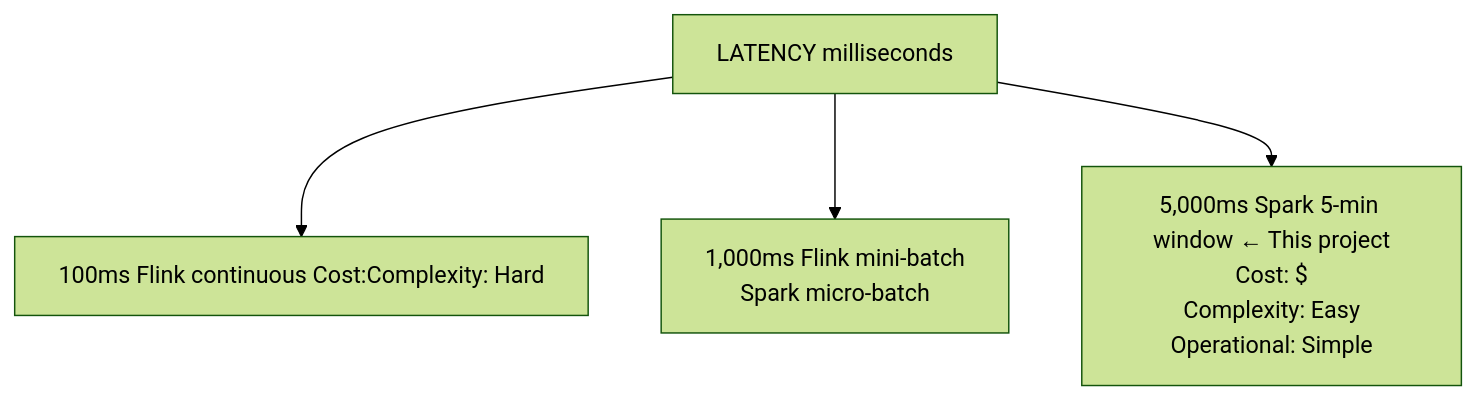
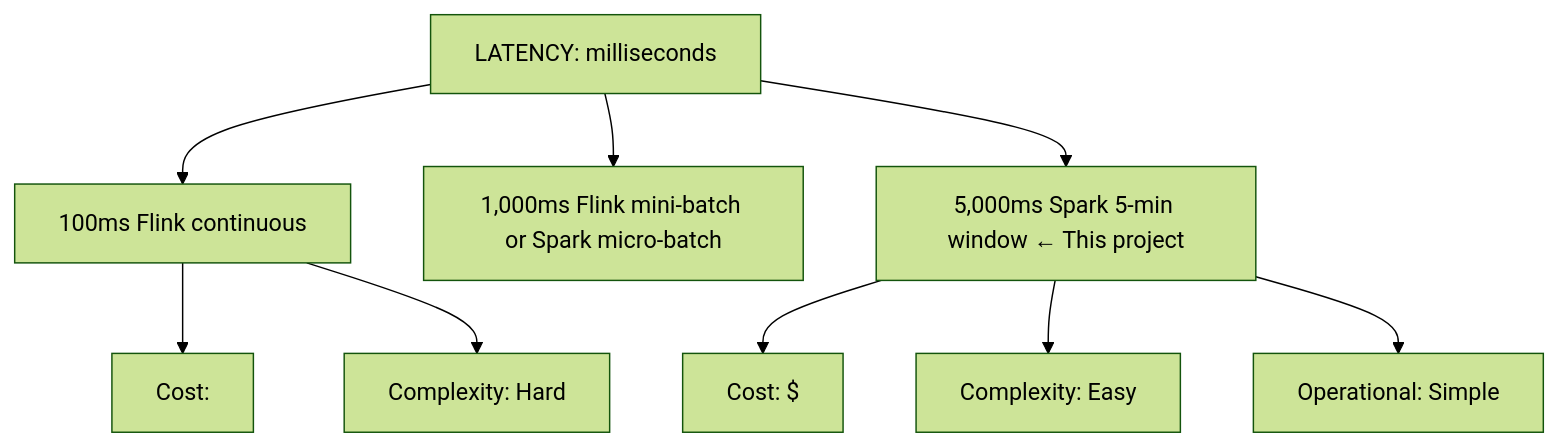
Before and after one commit to naren-chakraview/chakraview-fintech-data-mesh: the second of 3 diagrams in docs/production/trade-offs.md, drawn with Mermaid (forest theme). The commit also changed 9 other files, not shown here.

Commit message:
fix: remove HTML br tags from mermaid diagrams and fix diagram syntax for v11 compatibility

````diff
--- a/docs/production/trade-offs.md
+++ b/docs/production/trade-offs.md
@@ -140,7 +140,14 @@
 ```mermaid
 graph TD
-    A["LATENCY milliseconds"]
-    A --> B["100ms Flink continuous<br/>Cost: $$$$<br/>Complexity: Hard"]
-    A --> C["1,000ms Flink mini-batch<br/>Spark micro-batch"]
-    A --> D["5,000ms Spark 5-min window ← This project<br/>Cost: $<br/>Complexity: Easy<br/>Operational: Simple"]
+    A["LATENCY: milliseconds"]
+    A --> B["100ms Flink continuous"]
+    B --> B1["Cost: $$$$"]
+    B --> B2["Complexity: Hard"]
+    
+    A --> C["1,000ms Flink mini-batch or Spark micro-batch"]
+    
+    A --> D["5,000ms Spark 5-min window ← This project"]
+    D --> D1["Cost: $"]
+    D --> D2["Complexity: Easy"]
+    D --> D3["Operational: Simple"]
 ```
````
